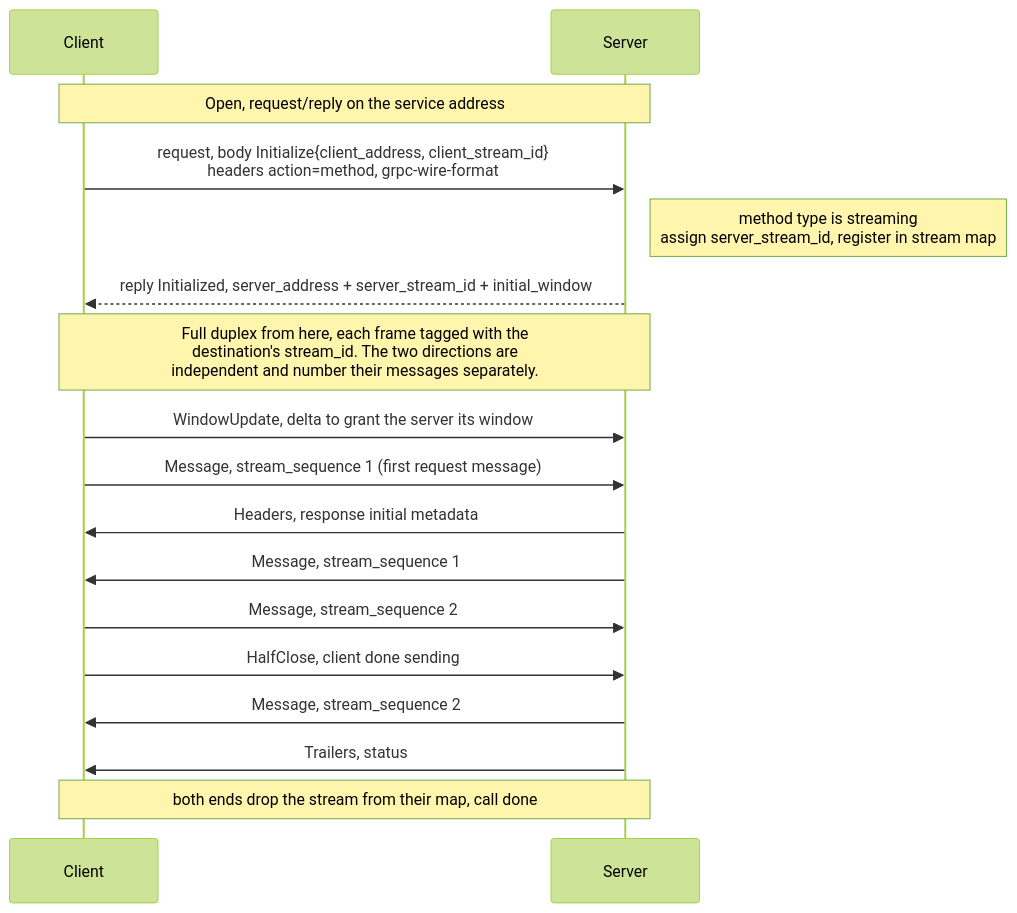
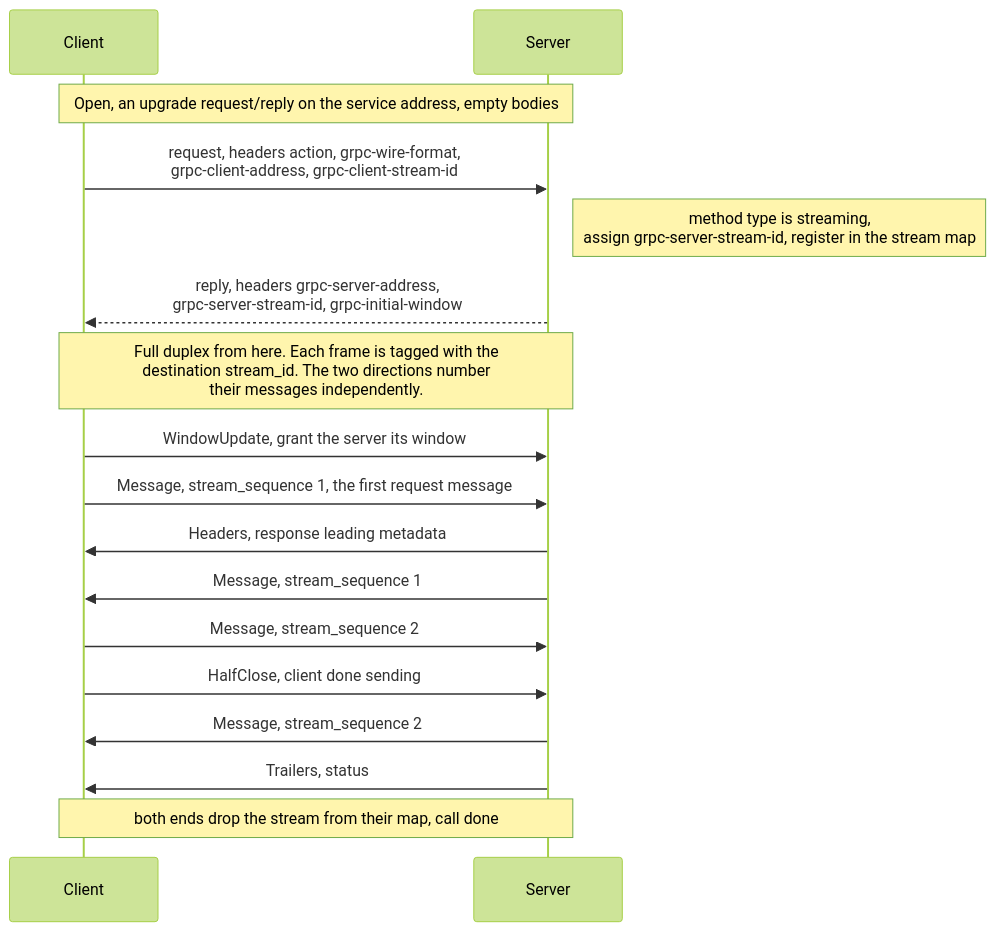
The diagram in vertx-grpc-eventbus/README.md (eclipse-vertx/vertx-grpc), drawn with Mermaid (forest theme) before and after one commit. The commit also changed other lines of this file and 1 other file, not shown here.

````diff
--- a/vertx-grpc-eventbus/README.md
+++ b/vertx-grpc-eventbus/README.md
@@ -101,21 +105,21 @@
 ```mermaid
 sequenceDiagram
     participant C as Client
     participant S as Server
 
-    Note over C,S: Open, request/reply on the service address
-    C->>S: request, body Initialize{client_address, client_stream_id}<br/>headers action=method, grpc-wire-format
-    Note right of S: method type is streaming<br/>assign server_stream_id, register in stream map
-    S-->>C: reply Initialized, server_address + server_stream_id + initial_window
+    Note over C,S: Open, an upgrade request/reply on the service address, empty bodies
+    C->>S: request, headers action, grpc-wire-format,<br/>grpc-client-address, grpc-client-stream-id
+    Note right of S: method type is streaming,<br/>assign grpc-server-stream-id, register in the stream map
+    S-->>C: reply, headers grpc-server-address,<br/>grpc-server-stream-id, grpc-initial-window
 
-    Note over C,S: Full duplex from here, each frame tagged with the<br/>destination's stream_id. The two directions are<br/>independent and number their messages separately.
-    C->>S: WindowUpdate, delta to grant the server its window
-    C->>S: Message, stream_sequence 1 (first request message)
-    S->>C: Headers, response initial metadata
+    Note over C,S: Full duplex from here. Each frame is tagged with the<br/>destination stream_id. The two directions number<br/>their messages independently.
+    C->>S: WindowUpdate, grant the server its window
+    C->>S: Message, stream_sequence 1, the first request message
+    S->>C: Headers, response leading metadata
     S->>C: Message, stream_sequence 1
     C->>S: Message, stream_sequence 2
     C->>S: HalfClose, client done sending
     S->>C: Message, stream_sequence 2
     S->>C: Trailers, status
     Note over C,S: both ends drop the stream from their map, call done
 ```
````
